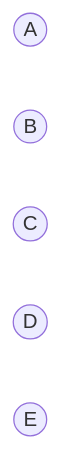
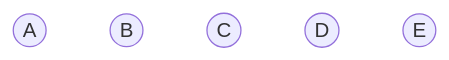
The fifth of 5 diagrams in Practice/06/README.md (btdobbs/AI), drawn with Mermaid before and after one commit. The commit also changed other lines of this file, not shown here.

````diff
--- a/Practice/06/README.md
+++ b/Practice/06/README.md
@@ -164,8 +164,8 @@
 ```mermaid
-flowchart LR
+flowchart TD
     id1((A))
     id2((B))
     id3((C))
     id4((D))
     id5((E))
 ```
````
